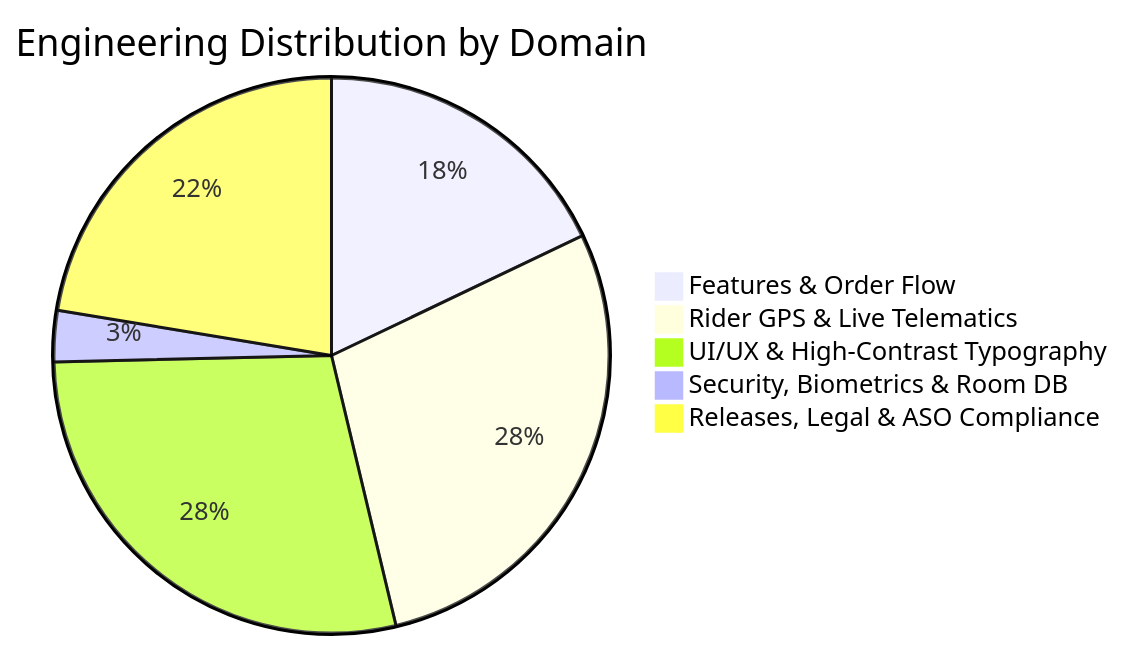
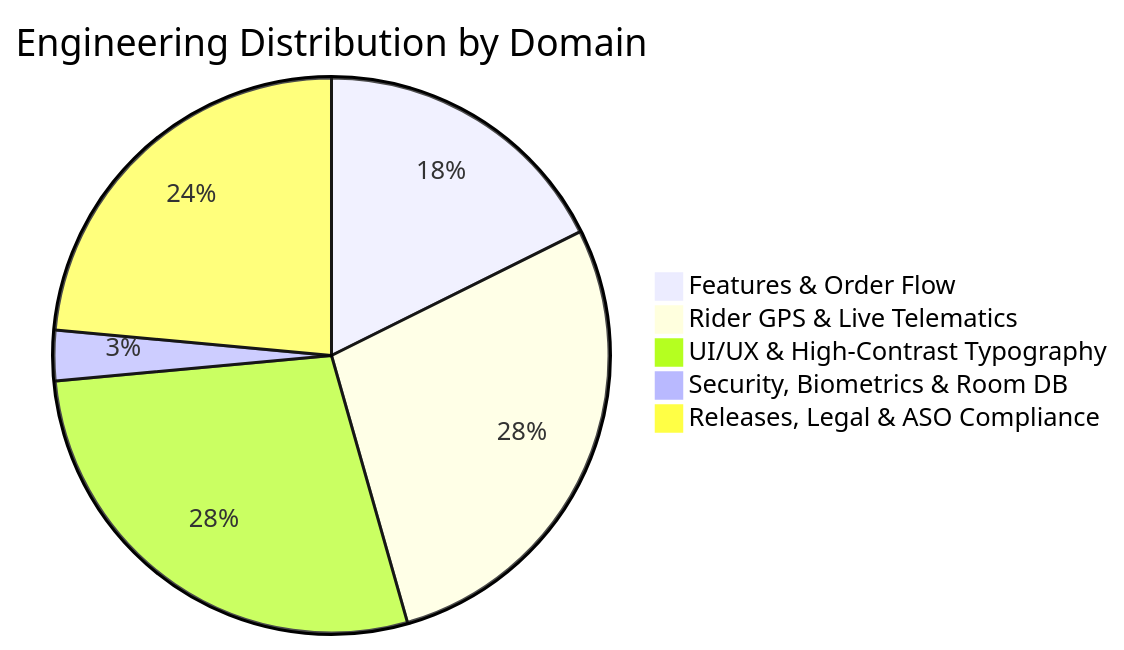
One commit to daniyal44/Zyphuel-App changed the second of 2 diagrams in README.md. Above: the diagram before and after it, drawn with Mermaid. The commit also changed other lines of this file, not shown here.

````diff
--- a/README.md
+++ b/README.md
@@ -60,8 +60,8 @@
 ```mermaid
 pie title Engineering Distribution by Domain
     "Features & Order Flow" : 12
     "Rider GPS & Live Telematics" : 19
     "UI/UX & High-Contrast Typography" : 19
     "Security, Biometrics & Room DB" : 2
-    "Releases, Legal & ASO Compliance" : 15
+    "Releases, Legal & ASO Compliance" : 16
 ```
````
